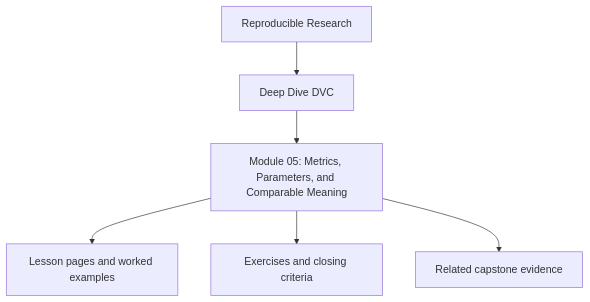
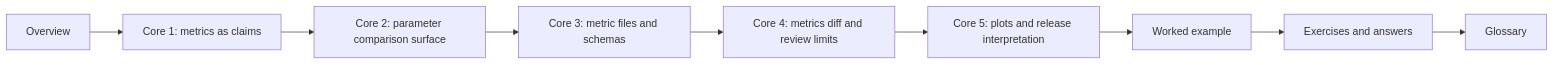
One commit to bijux/bijux-masterclass changed the diagram in programs/reproducible-research/deep-dive-dvc/course-book/module-05-metrics-parameters-comparable-meaning/index.md. Above: the diagram before and after it, drawn with Mermaid. The commit also changed other lines of this file, not shown here.

Commit message:
docs(dvc): reshape metric meaning overview

````diff
--- a/programs/reproducible-research/deep-dive-dvc/course-book/module-05-metrics-parameters-comparable-meaning/index.md
+++ b/programs/reproducible-research/deep-dive-dvc/course-book/module-05-metrics-parameters-comparable-meaning/index.md
@@ -7,8 +57,11 @@
 ```mermaid
-flowchart TD
-  family["Reproducible Research"] --> program["Deep Dive DVC"]
-  program --> module["Module 05: Metrics, Parameters, and Comparable Meaning"]
-  module --> lessons["Lesson pages and worked examples"]
-  module --> checkpoints["Exercises and closing criteria"]
-  module --> capstone["Related capstone evidence"]
+flowchart LR
+  overview["Overview"] --> core1["Core 1: metrics as claims"]
+  core1 --> core2["Core 2: parameter comparison surface"]
+  core2 --> core3["Core 3: metric files and schemas"]
+  core3 --> core4["Core 4: metrics diff and review limits"]
+  core4 --> core5["Core 5: plots and release interpretation"]
+  core5 --> example["Worked example"]
+  example --> practice["Exercises and answers"]
+  practice --> glossary["Glossary"]
 ```
````
